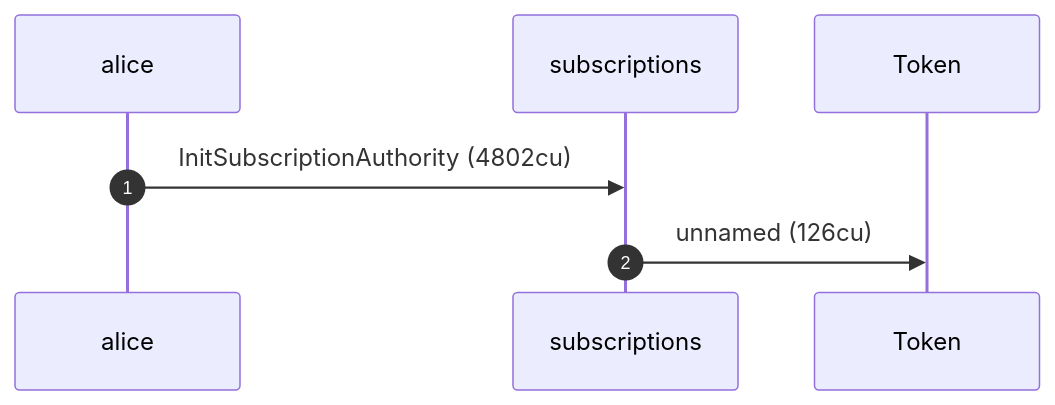
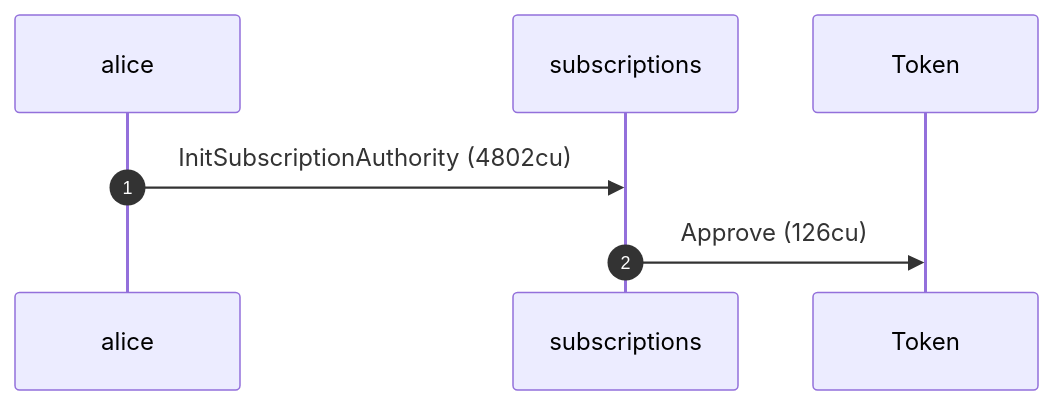
Before and after one commit to cds-rs/subscriptions: the fifth of 8 diagrams in dsl_tests/idempotent-init-preserves-the-original-payer.md, drawn with Mermaid. The commit also changed other lines of this file and 219 other files, not shown here.

````diff
--- a/dsl_tests/idempotent-init-preserves-the-original-payer.md
+++ b/dsl_tests/idempotent-init-preserves-the-original-payer.md
@@ -112,9 +112,9 @@
 ```mermaid
 sequenceDiagram
     autonumber
     participant alice
     participant subscriptions
     participant Token
     alice ->> subscriptions: InitSubscriptionAuthority (4802cu)
-    subscriptions ->> Token: unnamed (126cu)
+    subscriptions ->> Token: Approve (126cu)
 ```
````
